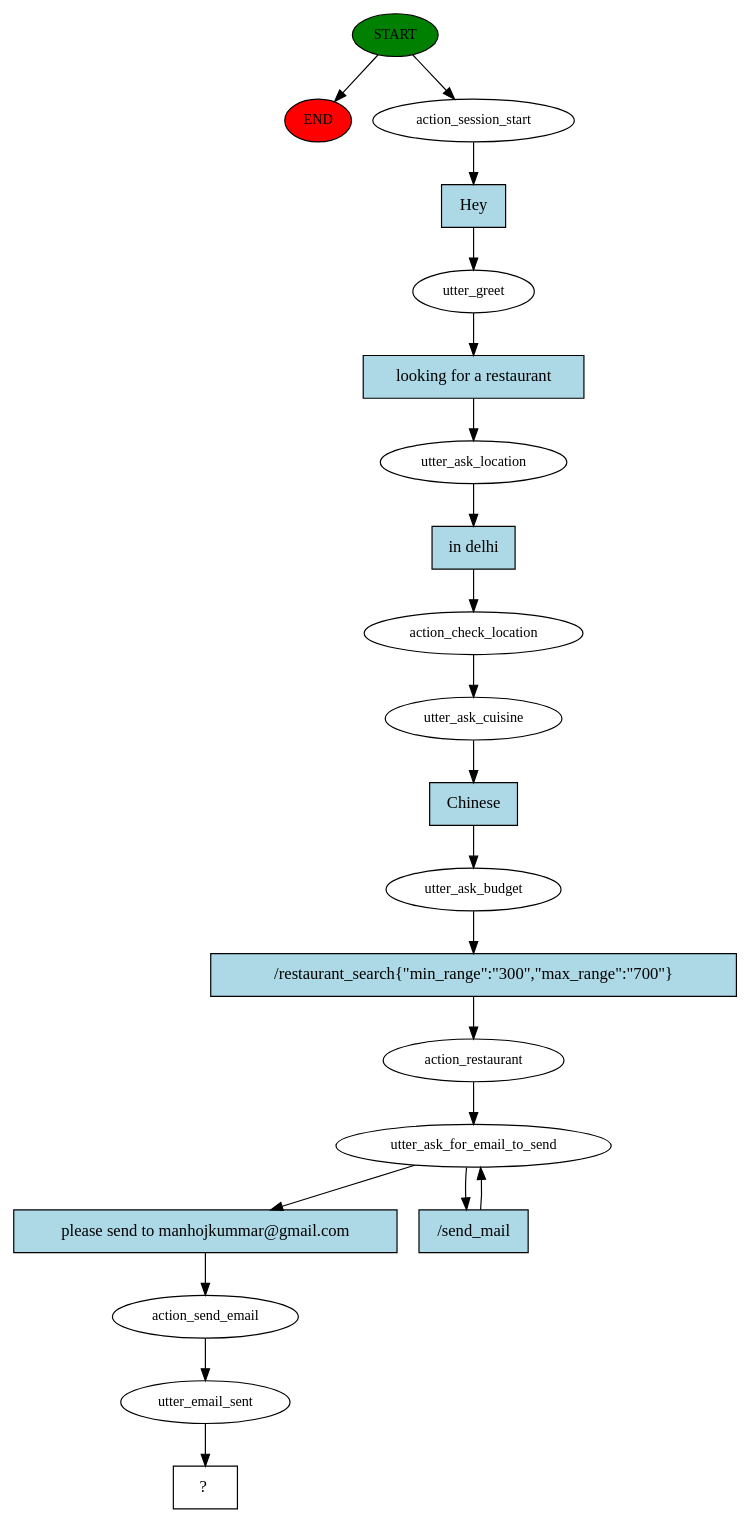
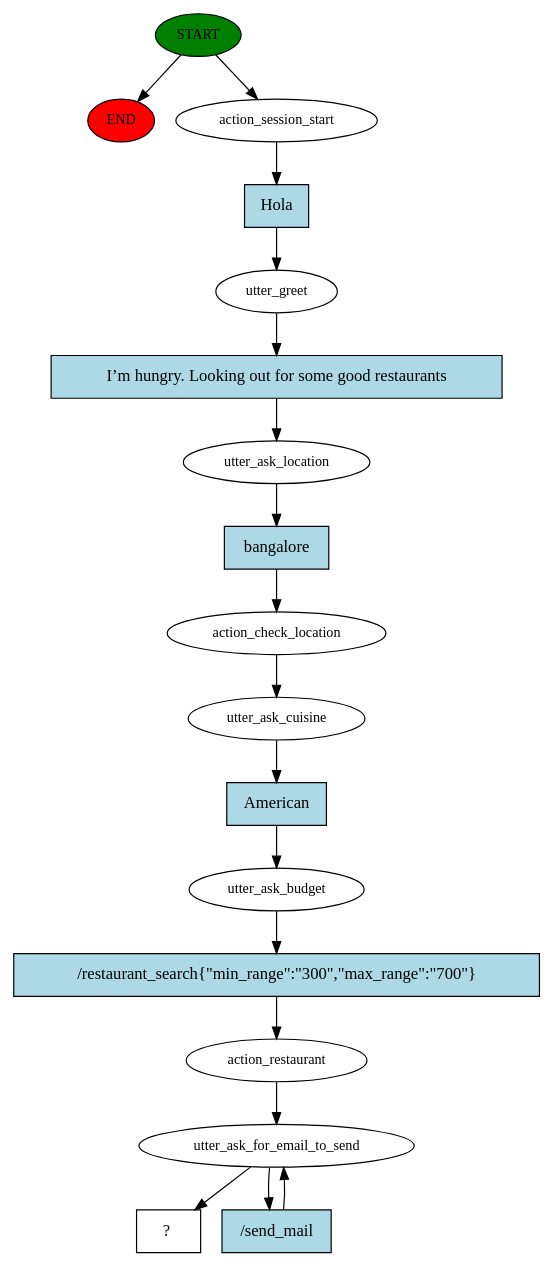
The diagram in story_graph.dot (Manoj15/foodie_bot), drawn with Graphviz before and after one commit. The commit also changed 13 other files, not shown here.

```diff
--- a/story_graph.dot
+++ b/story_graph.dot
@@ -1,42 +1,36 @@
 digraph  {
 0 [class="start active", fillcolor=green, fontsize=12, label=START, style=filled];
 "-1" [class=end, fillcolor=red, fontsize=12, label=END, style=filled];
 1 [class=active, fontsize=12, label=action_session_start];
 2 [class=active, fontsize=12, label=utter_greet];
 3 [class=active, fontsize=12, label=utter_ask_location];
 4 [class=active, fontsize=12, label=action_check_location];
 5 [class=active, fontsize=12, label=utter_ask_cuisine];
 6 [class=active, fontsize=12, label=utter_ask_budget];
 7 [class=active, fontsize=12, label=action_restaurant];
 8 [class=active, fontsize=12, label=utter_ask_for_email_to_send];
-10 [class=active, fontsize=12, label=action_send_email];
-11 [class=active, fontsize=12, label=utter_email_sent];
-12 [class="intent dashed active", label="  ?  ", shape=rect];
-13 [class="intent active", fillcolor=lightblue, label=Hey, shape=rect, style=filled];
-14 [class="intent active", fillcolor=lightblue, label="looking for a restaurant", shape=rect, style=filled];
-15 [class="intent active", fillcolor=lightblue, label="in delhi", shape=rect, style=filled];
-16 [class="intent active", fillcolor=lightblue, label=Chinese, shape=rect, style=filled];
-17 [class="intent active", fillcolor=lightblue, label="/restaurant_search{\"min_range\":\"300\",\"max_range\":\"700\"}", shape=rect, style=filled];
-18 [class="intent active", fillcolor=lightblue, label="please send to manhojkummar@gmail.com", shape=rect, style=filled];
-19 [class="intent active", fillcolor=lightblue, label="/send_mail", shape=rect, style=filled];
+10 [class="intent dashed active", label="  ?  ", shape=rect];
+11 [class="intent active", fillcolor=lightblue, label=Hola, shape=rect, style=filled];
+12 [class="intent active", fillcolor=lightblue, label="I’m hungry. Looking out for some good restaurants", shape=rect, style=filled];
+13 [class="intent active", fillcolor=lightblue, label=bangalore, shape=rect, style=filled];
+14 [class="intent active", fillcolor=lightblue, label=American, shape=rect, style=filled];
+15 [class="intent active", fillcolor=lightblue, label="/restaurant_search{\"min_range\":\"300\",\"max_range\":\"700\"}", shape=rect, style=filled];
+16 [class="intent active", fillcolor=lightblue, label="/send_mail", shape=rect, style=filled];
 0 -> "-1"  [class="", key=NONE, label=""];
 0 -> 1  [class=active, key=NONE, label=""];
-1 -> 13  [class=active, key=0];
-2 -> 14  [class=active, key=0];
-3 -> 15  [class=active, key=0];
+1 -> 11  [class=active, key=0];
+2 -> 12  [class=active, key=0];
+3 -> 13  [class=active, key=0];
 4 -> 5  [class=active, key=NONE, label=""];
-5 -> 16  [class=active, key=0];
-6 -> 17  [class=active, key=0];
+5 -> 14  [class=active, key=0];
+6 -> 15  [class=active, key=0];
 7 -> 8  [class=active, key=NONE, label=""];
-8 -> 18  [class=active, key=0];
-8 -> 19  [class=active, key=0];
-10 -> 11  [class=active, key=NONE, label=""];
-11 -> 12  [class=active, key=NONE, label=""];
-13 -> 2  [class=active, key=0];
-14 -> 3  [class=active, key=0];
-15 -> 4  [class=active, key=0];
-16 -> 6  [class=active, key=0];
-17 -> 7  [class=active, key=0];
-18 -> 10  [class=active, key=0];
-19 -> 8  [class=active, key=0];
+8 -> 10  [class=active, key=NONE, label=""];
+8 -> 16  [class=active, key=0];
+11 -> 2  [class=active, key=0];
+12 -> 3  [class=active, key=0];
+13 -> 4  [class=active, key=0];
+14 -> 6  [class=active, key=0];
+15 -> 7  [class=active, key=0];
+16 -> 8  [class=active, key=0];
 }
```
